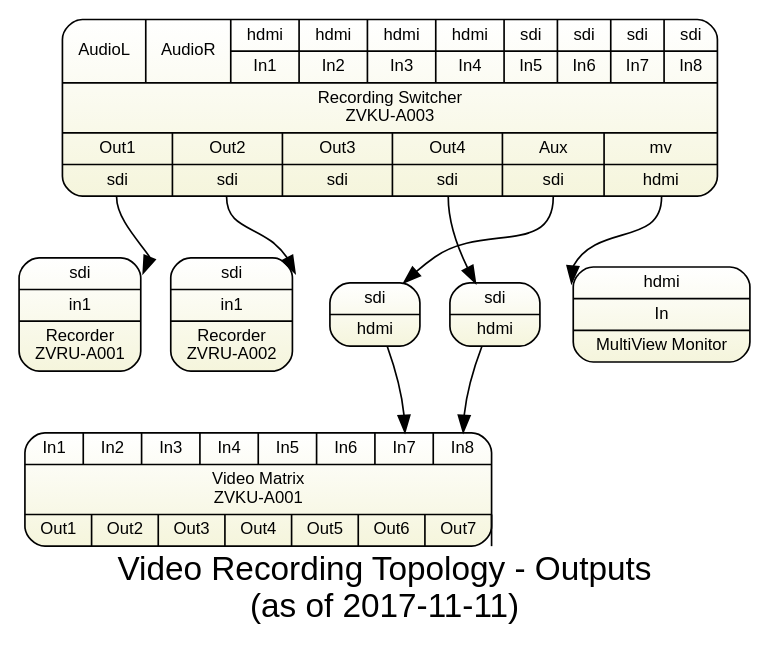
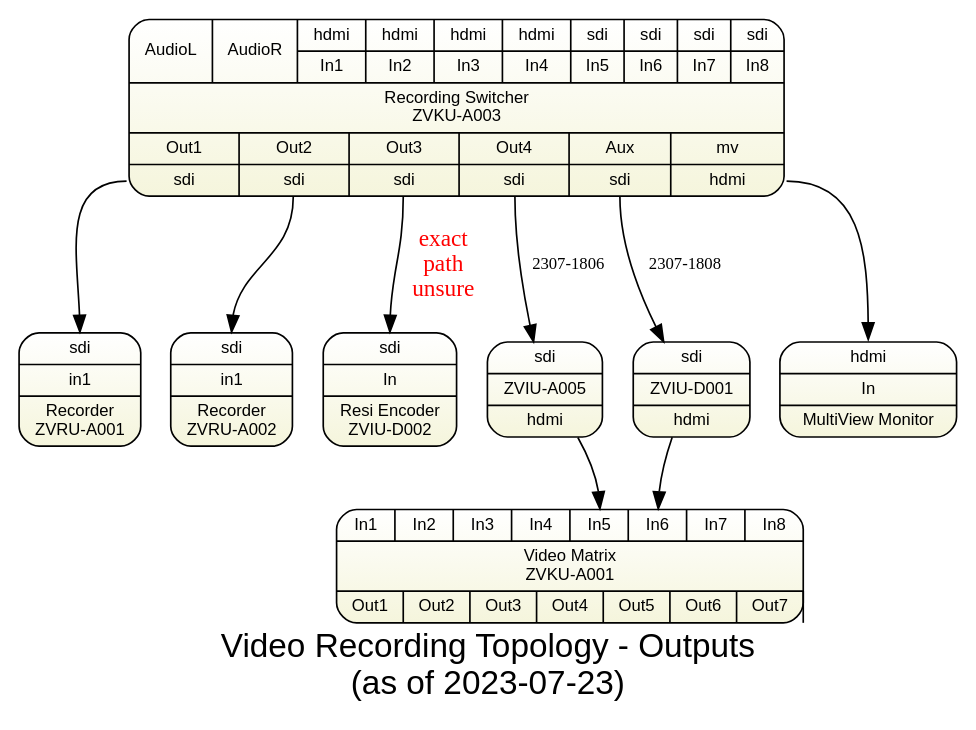
The diagram in sdv-topology5-rec-outputs.gv (avmaint/uactechdoc), drawn with Graphviz before and after one commit. The commit also changed 10 other files, not shown here.

```diff
--- a/sdv-topology5-rec-outputs.gv
+++ b/sdv-topology5-rec-outputs.gv
@@ -1,67 +1,76 @@
 digraph recording { 
   
 graph [overlap = true, fontsize = 20, 
-      label="Video Recording Topology - Outputs\n(as of 2017-11-11)",
+      label="Video Recording Topology - Outputs\n(as of 2023-07-23)",
       fontname = Helvetica, bgcolor=white
       ]
  
 node [shape = Mrecord style=filled , fillcolor="white:beige"  , fontsize = 10,
       gradientangle=270 fontname = Helvetica ]
       
  
-s2h1 [label="{sdi|hdmi}" tooltip="BMD mini"]
-s2h2 [label="{sdi|hdmi}" tooltip="BMD mini"]
+zviud001 [label="{sdi|ZVIU-D001|hdmi}" tooltip="BMD mini"]
+zviua005 [label="{sdi|ZVIU-A005|hdmi}" tooltip="BMD mini"]
 
 rswitch [
   tooltip="BMD ATEM Television Studio Pro HD"
 
   label="{
     {{<al>AudioL}|{<ar>AudioR}|
       {<i1>hdmi|In1}|{<i2>hdmi|In2}|{<i3>hdmi|In3}|{<i4>hdmi|In4}
       |{<i5>sdi|In5}|{<i6>sdi|In6}|{<i7>sdi|In7}|{<i8>sdi|In8}}
       |Recording Switcher\nZVKU-A003|
       {{Out1|<o1>sdi}|{Out2|<o2>sdi}|{Out3|<o3>sdi}|{Out4|<o4>sdi}|{Aux|<aux>sdi}|{mv|<mv>hdmi}}
     }"
 ]
 
 pswitch [
   tooltip="Kramer VS-88DT"
   label="{
   {
     <i1>In1|<i2>In2|<i3>In3|<i4>In4|<i5>In5| <i6> In6 |<i7>In7|{<i8>In8}}
   |Video Matrix\nZVKU-A001|
   {<o1>Out1|<o2>Out2|<o3>Out3|<o4>Out4|<o5>Out5|<o6>Out6 |<o7>Out7|{Out8<o8>}} }"]
    
 switchmonitor [label="{
     <i>hdmi|In
       |MultiView Monitor 
    }"
    tooltip="Samsung"
    ]
 
 recorder1 [
   label="{
     <i1>sdi|in1
     |Recorder\nZVRU-A001 
     }"
   tooltip="BMD Hyperdeck Studio Mini"
 ]
 
 recorder2 [
   label="{
     <i1>sdi|in1
     |Recorder\nZVRU-A002 
     }"
   tooltip="BMD Hyperdeck Studio Mini"
 ]
 
+zviud002 [label="{
+    <i>sdi|In
+      |Resi Encoder\nZVIU-D002 
+   }"
+   tooltip="Samsung"
+   ]
+
 rswitch:o1 -> recorder1:i1 
 rswitch:o2 -> recorder2:i1 
-rswitch:o4 -> s2h1;
-s2h1   -> pswitch:i8
+rswitch:o3 -> zviud002:i [label="exact\npath\nunsure" fontcolor="red"]
+rswitch:o4 -> zviua005 [label="2307-1806" fontsize=10]
+zviud001   -> pswitch:i6
 rswitch:mv -> switchmonitor:i
 
-rswitch:aux -> s2h2
-s2h2 -> pswitch:i7
+rswitch:aux -> zviud001 [label="2307-1808" fontsize=10]
+zviua005 -> pswitch:i5
+
 
 } 
```
